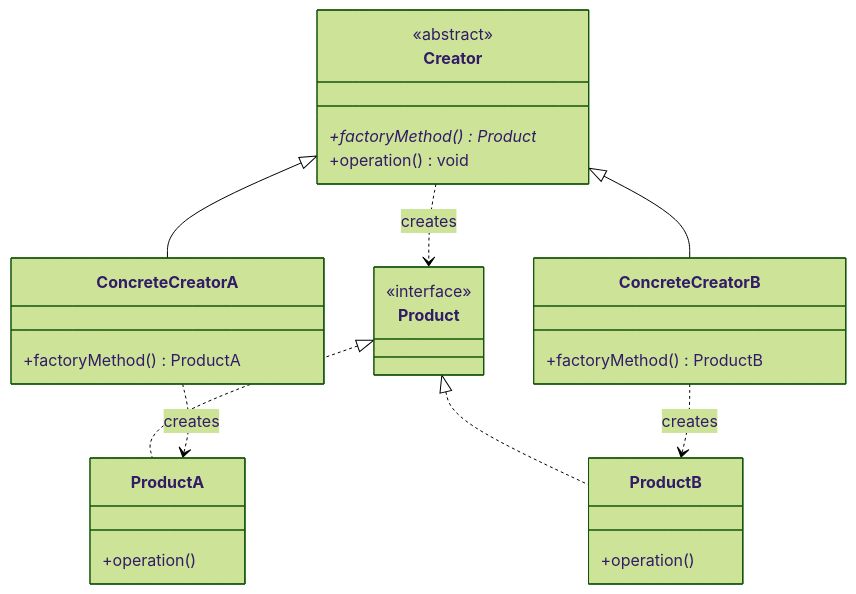
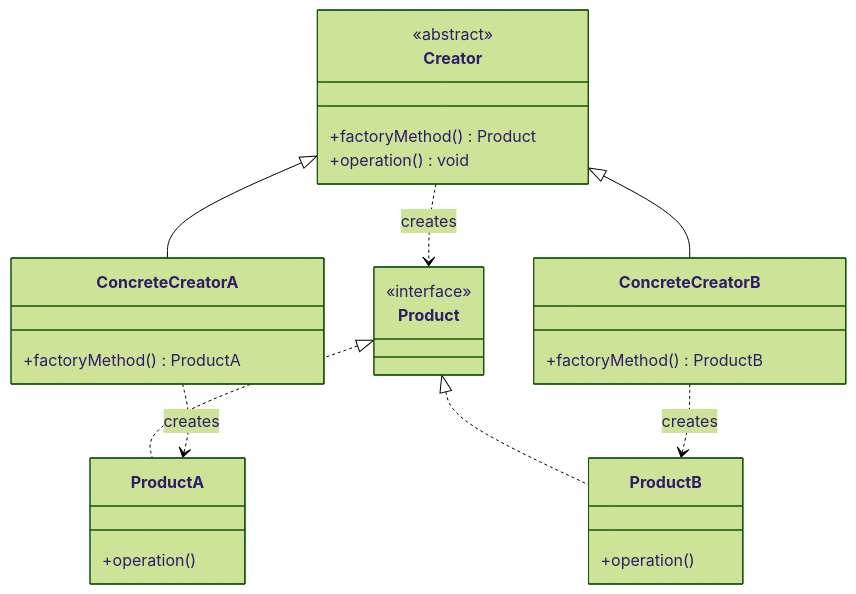
One commit to Brebu/Quizz changed the sixth of 55 diagrams in chapters/cap13-design-patterns-diag.md. Above: the diagram before and after it, drawn with Mermaid (forest theme). The commit also changed other lines of this file and 1 other file, not shown here.

````diff
--- a/chapters/cap13-design-patterns-diag.md
+++ b/chapters/cap13-design-patterns-diag.md
@@ -164,36 +164,36 @@
 ```mermaid
 classDiagram
     class Creator {
         <<abstract>>
-        +factoryMethod()* Product
+        +factoryMethod() Product
         +operation() void
     }
     
     class ConcreteCreatorA {
         +factoryMethod() ProductA
     }
     
     class ConcreteCreatorB {
         +factoryMethod() ProductB
     }
     
     class Product {
         <<interface>>
     }
     
     class ProductA {
         +operation()
     }
     
     class ProductB {
         +operation()
     }
     
     Creator <|-- ConcreteCreatorA
     Creator <|-- ConcreteCreatorB
     Product <|.. ProductA
     Product <|.. ProductB
     Creator ..> Product : creates
     ConcreteCreatorA ..> ProductA : creates
     ConcreteCreatorB ..> ProductB : creates
 ```
````
